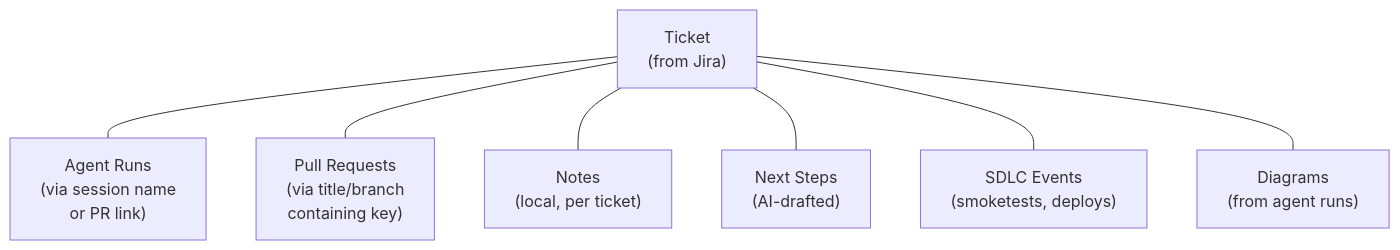
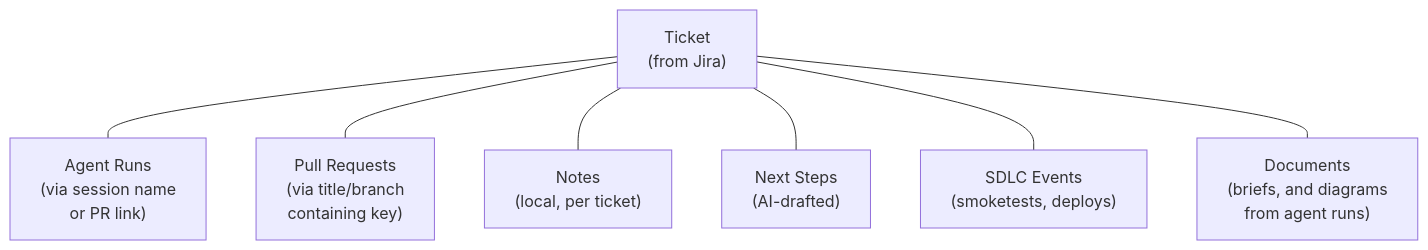
One commit to pgragg/agent-dash changed the seventh of 12 diagrams in docs/ARCHITECTURE.md. Above: the diagram before and after it, drawn with Mermaid. The commit also changed other lines of this file and 2 other files, not shown here.

Commit message:
AD-69: README and capabilities page show what agent-dash does today

````diff
--- a/docs/ARCHITECTURE.md
+++ b/docs/ARCHITECTURE.md
@@ -235,18 +236,18 @@
 ```mermaid
 flowchart TB
     ticket["Ticket<br/>(from Jira)"]
     
     runs["Agent Runs<br/>(via session name<br/>or PR link)"]
     prs["Pull Requests<br/>(via title/branch<br/>containing key)"]
     notes["Notes<br/>(local, per ticket)"]
     steps["Next Steps<br/>(AI-drafted)"]
     sdlc["SDLC Events<br/>(smoketests, deploys)"]
-    diagrams["Diagrams<br/>(from agent runs)"]
+    diagrams["Documents<br/>(briefs, and diagrams<br/>from agent runs)"]
 
     ticket --- runs
     ticket --- prs
     ticket --- notes
     ticket --- steps
     ticket --- sdlc
     ticket --- diagrams
 ```
````
